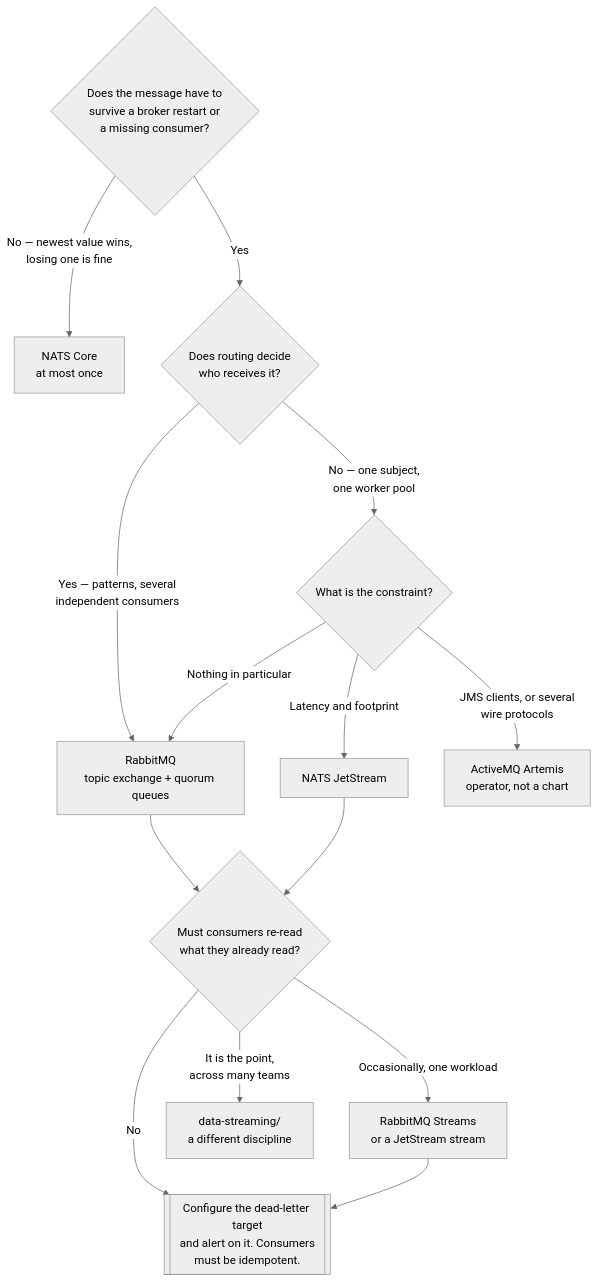
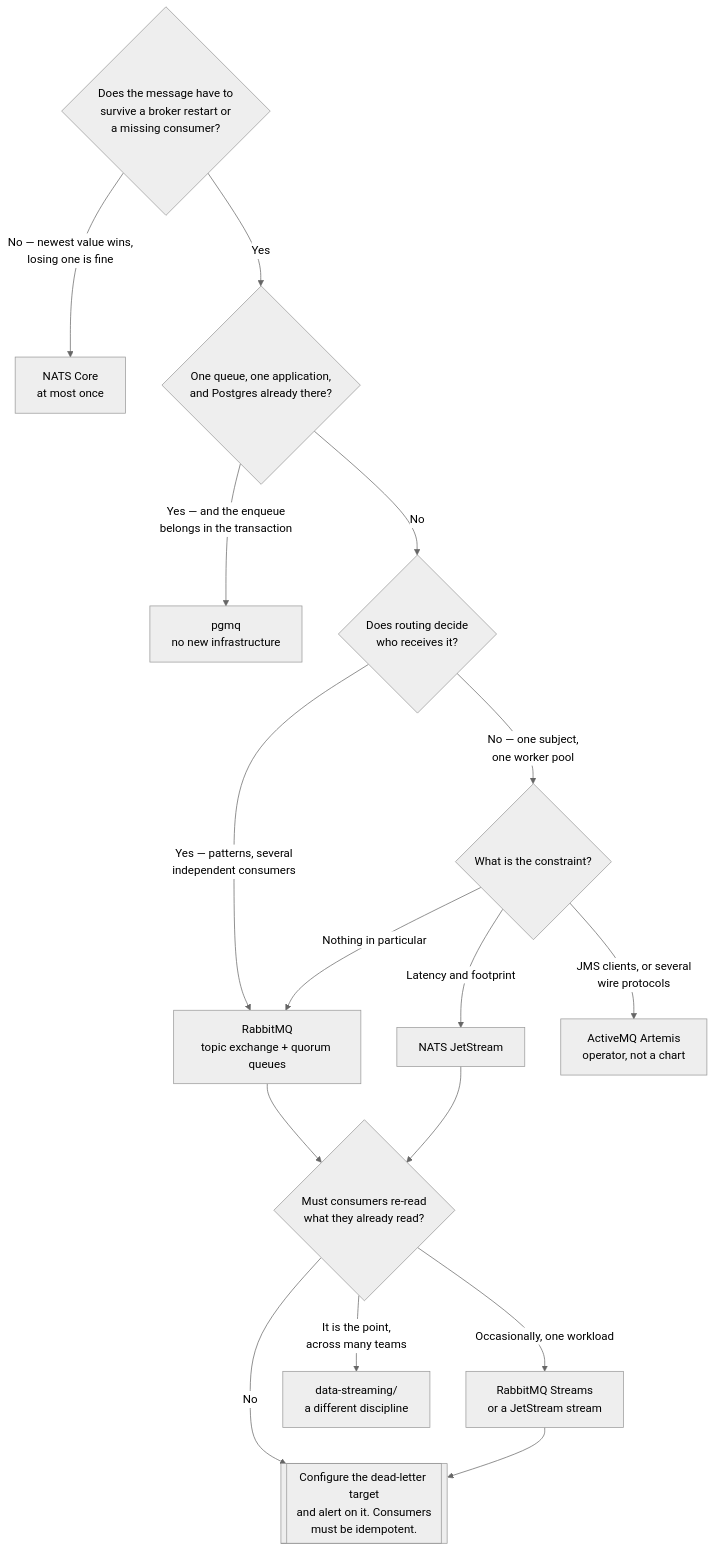
The diagram in infrastructure/software-engineering/messaging/broker/README.md (andreyolv/pikakube), drawn with Mermaid (neutral theme) before and after one commit. The commit also changed other lines of this file and 40 other files, not shown here.

````diff
--- a/infrastructure/software-engineering/messaging/broker/README.md
+++ b/infrastructure/software-engineering/messaging/broker/README.md
@@ -255,26 +318,30 @@
 ```mermaid
 flowchart TD
     START{Does the message have to<br/>survive a broker restart or<br/>a missing consumer?}
 
     START -->|No — newest value wins,<br/>losing one is fine| CORE[NATS Core<br/>at most once]
-    START -->|Yes| Q1
+    START -->|Yes| PG
+
+    PG{One queue, one application,<br/>and Postgres already there?}
+    PG -->|Yes — and the enqueue<br/>belongs in the transaction| PGMQ[pgmq<br/>no new infrastructure]
+    PG -->|No| Q1
 
     Q1{Does routing decide<br/>who receives it?}
     Q1 -->|Yes — patterns, several<br/>independent consumers| RMQ[RabbitMQ<br/>topic exchange + quorum queues]
     Q1 -->|No — one subject,<br/>one worker pool| Q2
 
     Q2{What is the constraint?}
     Q2 -->|Latency and footprint| JS[NATS JetStream]
     Q2 -->|JMS clients, or several<br/>wire protocols| AMQ[ActiveMQ Artemis<br/>operator, not a chart]
     Q2 -->|Nothing in particular| RMQ
 
     Q3{Must consumers re-read<br/>what they already read?}
     RMQ --> Q3
     JS --> Q3
     Q3 -->|Occasionally, one workload| STR[RabbitMQ Streams<br/>or a JetStream stream]
     Q3 -->|It is the point,<br/>across many teams| DS[data-streaming/<br/>a different discipline]
     Q3 -->|No| DLQ
 
     STR --> DLQ
     DLQ[[Configure the dead-letter target<br/>and alert on it. Consumers<br/>must be idempotent.]]
 ```
````
